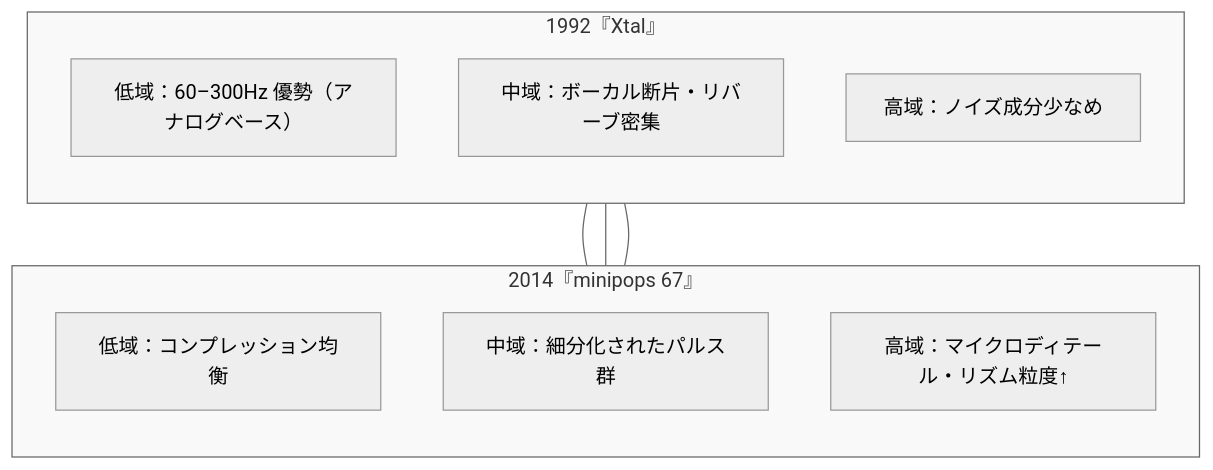
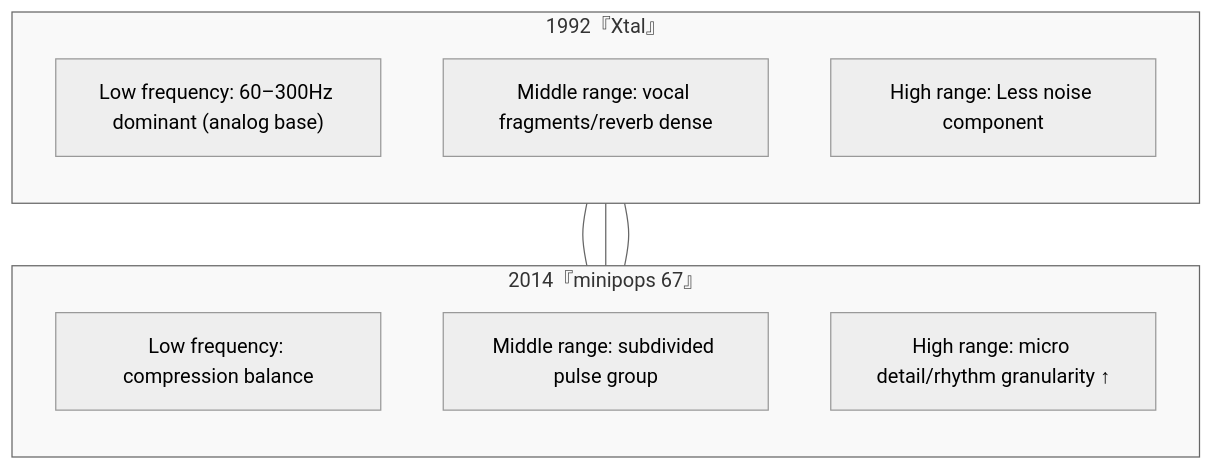
Before and after one commit to monumental-movement/monumental-movement.github.io: the fifth of 7 diagrams in en/_posts/2025-10-24-column-aphex_twin_evolution.md, drawn with Mermaid (neutral theme). The commit also changed other lines of this file and 152 other files, not shown here.

```diff
--- a/en/_posts/2025-10-24-column-aphex_twin_evolution.md
+++ b/en/_posts/2025-10-24-column-aphex_twin_evolution.md
@@ -348,25 +348,25 @@
 <div class="mermaid">
 
 flowchart TB
     subgraph LEFT["1992『Xtal』"]
         direction TB
-        L1["低域：60–300Hz 優勢（アナログベース）"]
-        L2["中域：ボーカル断片・リバーブ密集"]
-        L3["高域：ノイズ成分少なめ"]
+        L1["Low frequency: 60–300Hz dominant (analog base)"]
+        L2["Middle range: vocal fragments/reverb dense"]
+        L3["High range: Less noise component"]
     end
 
     subgraph RIGHT["2014『minipops 67』"]
         direction TB
-        R1["低域：コンプレッション均衡"]
-        R2["中域：細分化されたパルス群"]
-        R3["高域：マイクロディテール・リズム粒度↑"]
+        R1["Low frequency: compression balance"]
+        R2["Middle range: subdivided pulse group"]
+        R3["High range: micro detail/rhythm granularity ↑"]
     end
 
     L1 --- R1
     L2 --- R2
     L3 --- R3
 
     style LEFT fill:#f9f9f9,stroke:#666,stroke-width:1px
     style RIGHT fill:#f9f9f9,stroke:#666,stroke-width:1px
 
 </div>
```
